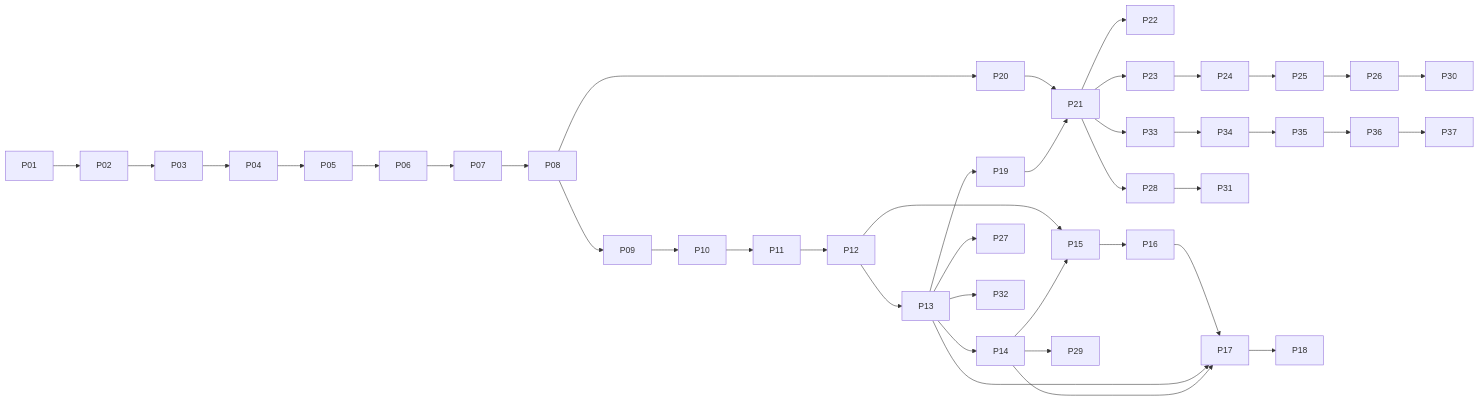
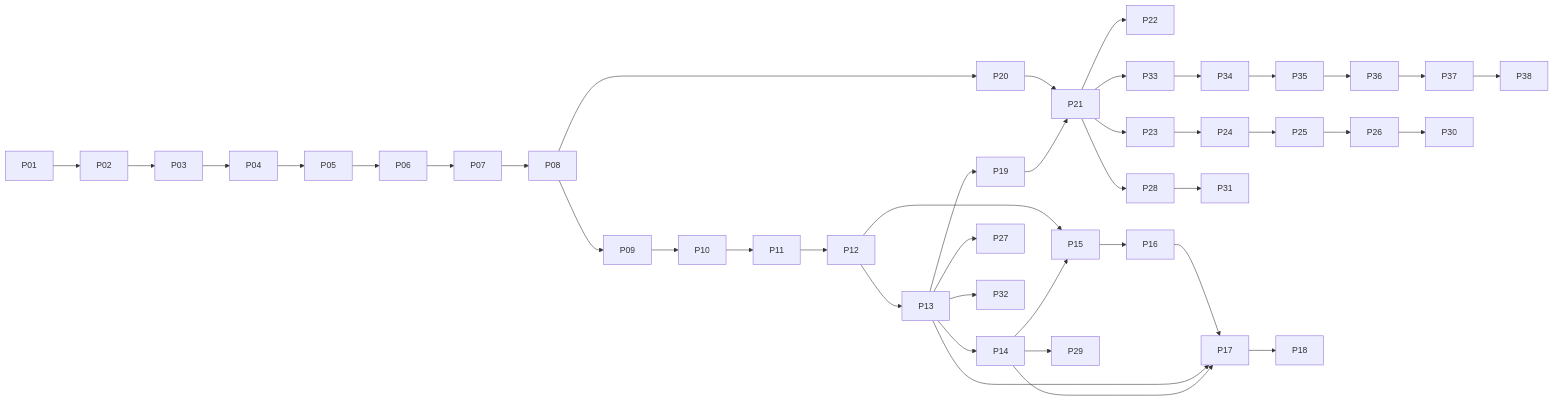
The diagram in docs/implementation-plan.md (takemo101/ambien), drawn with Mermaid before and after one commit. The commit also changed other lines of this file and 5 other files, not shown here.

````diff
--- a/docs/implementation-plan.md
+++ b/docs/implementation-plan.md
@@ -108,27 +108,28 @@
 ```mermaid
 flowchart LR
  P01 --> P02 --> P03 --> P04 --> P05 --> P06 --> P07 --> P08 --> P09 --> P10 --> P11 --> P12 --> P13 --> P14
  P12 --> P15
  P13 --> P19
  P08 --> P20
  P20 --> P21
  P19 --> P21
  P21 --> P22
  P21 --> P23
  P23 --> P24 --> P25
  P13 --> P27
  P21 --> P28
  P14 --> P29
  P21 --> P33
  P33 --> P34
  P34 --> P35
  P35 --> P36
  P36 --> P37
+ P37 --> P38
  P26 --> P30
  P28 --> P31
  P13 --> P32
  P25 --> P26
  P14 --> P15 --> P16 --> P17 --> P18
  P13 --> P17
  P14 --> P17
 ```
````
